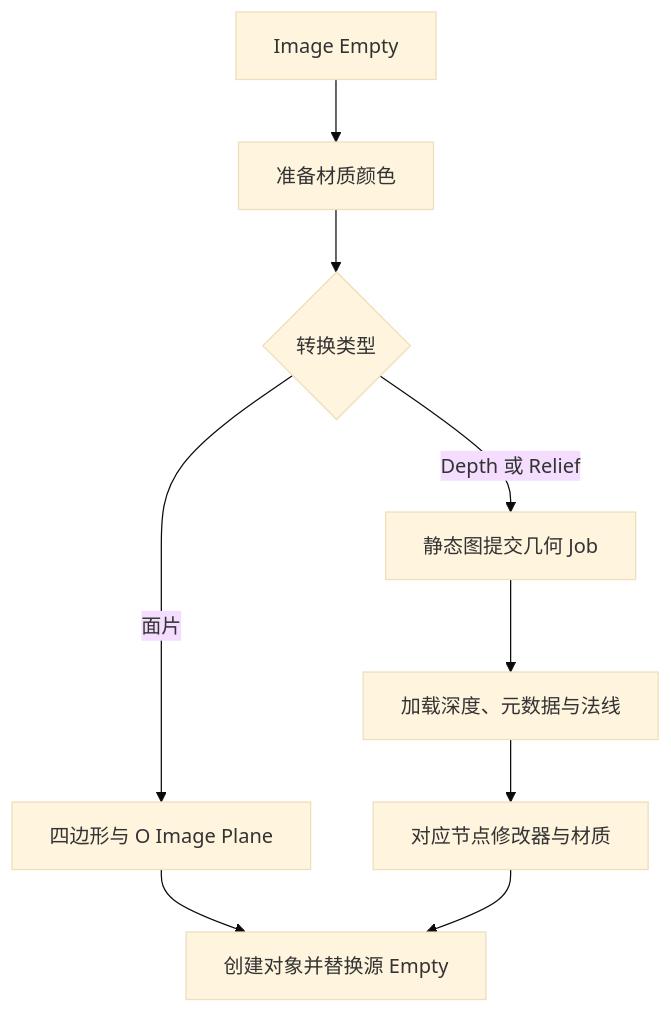
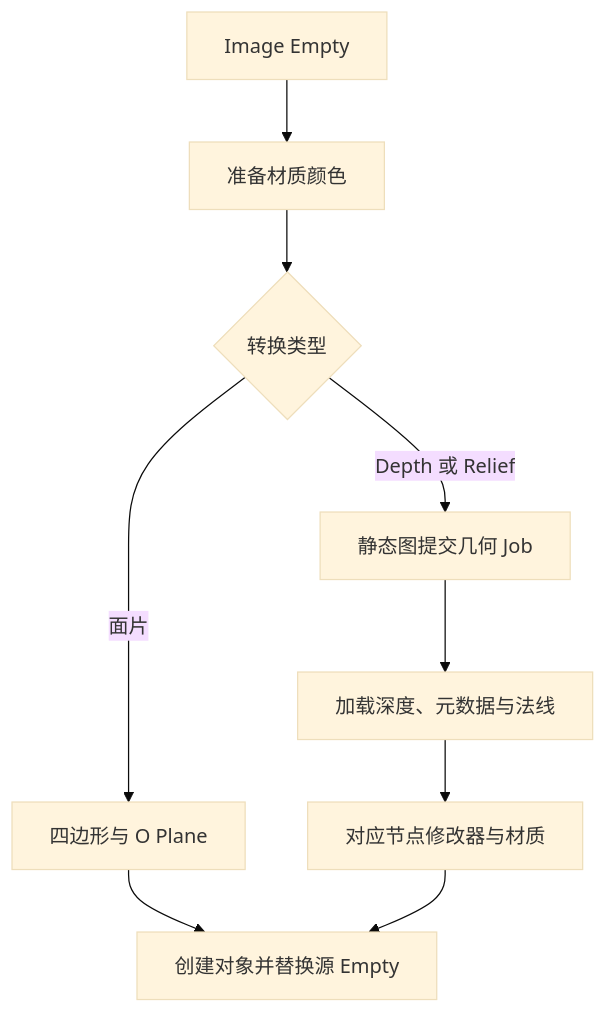
The diagram in docs/develop/operators/convert-to-plane.md (OmooLab/AnyImage), drawn with Mermaid (base theme) before and after one commit. The commit also changed other lines of this file and 168 other files, not shown here.

````diff
--- a/docs/develop/operators/convert-to-plane.md
+++ b/docs/develop/operators/convert-to-plane.md
@@ -5,11 +5,11 @@
 ```mermaid
 flowchart TD
     A[Image Empty] --> B[准备材质颜色]
     B --> C{转换类型}
-    C -- 面片 --> D[四边形与 O Image Plane]
+    C -- 面片 --> D[四边形与 O Plane]
     C -- Depth 或 Relief --> E[静态图提交几何 Job]
     E --> F[加载深度、元数据与法线]
     F --> G[对应节点修改器与材质]
     D --> H[创建对象并替换源 Empty]
     G --> H
 ```
````
